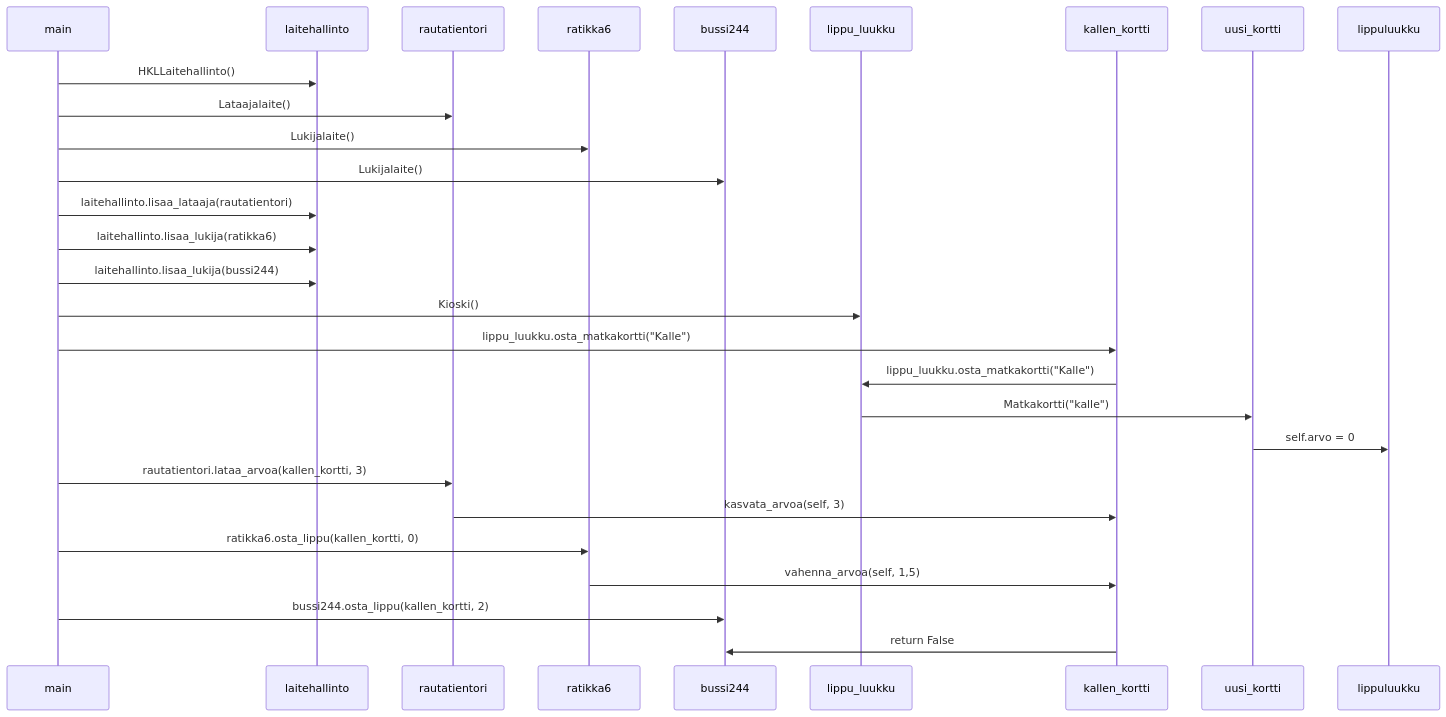
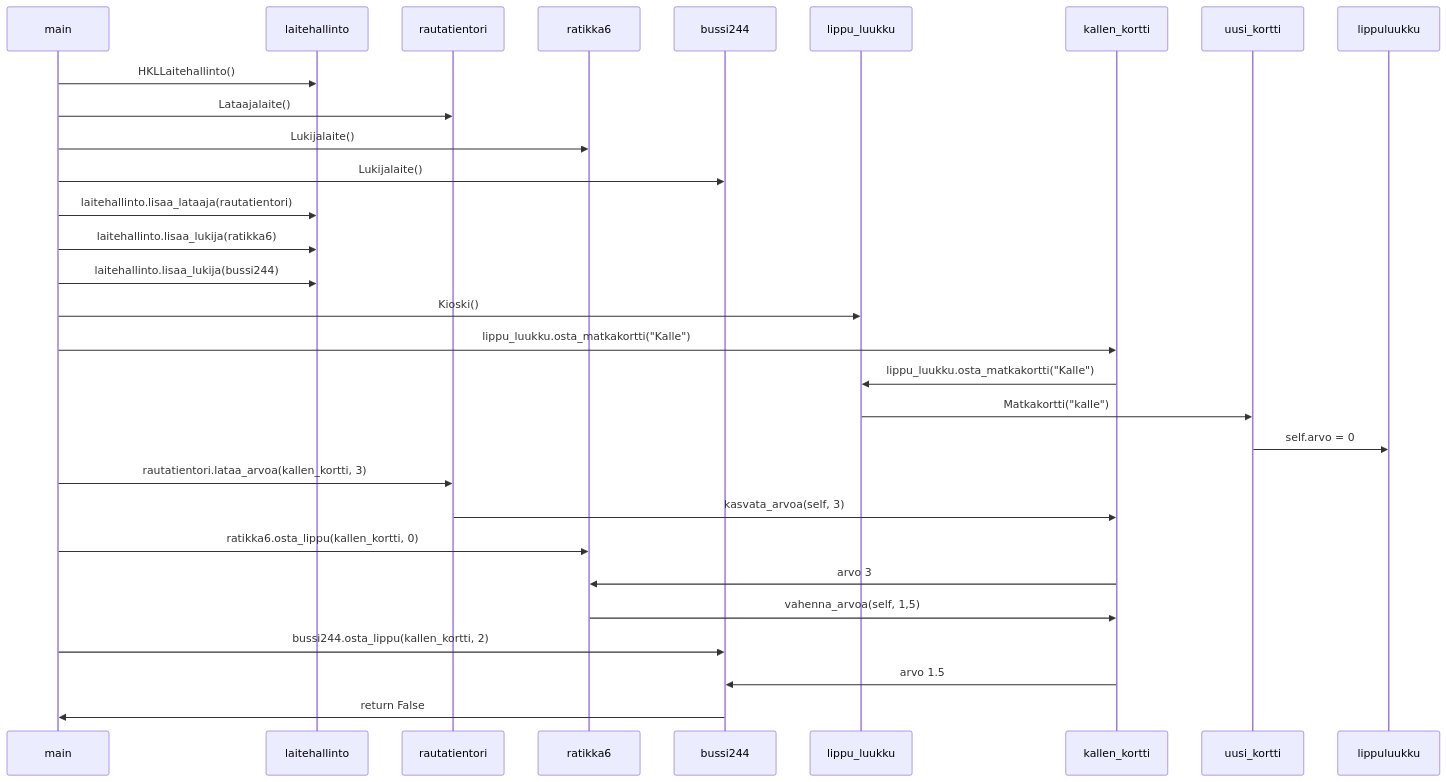
Before and after one commit to kodtld/TravelHub: the diagram in laskarit/viikko3/teht_4_sekvenssikaavio.md, drawn with Mermaid.

````diff
--- a/laskarit/viikko3/teht_4_sekvenssikaavio.md
+++ b/laskarit/viikko3/teht_4_sekvenssikaavio.md
@@ -1,22 +1,24 @@
 ```mermaid
  sequenceDiagram
      main->>laitehallinto: HKLLaitehallinto()
      main->>rautatientori : Lataajalaite()
      main->>ratikka6 : Lukijalaite()
      main->>bussi244 : Lukijalaite()
      main->>laitehallinto: laitehallinto.lisaa_lataaja(rautatientori)
      main->>laitehallinto: laitehallinto.lisaa_lukija(ratikka6)
      main->>laitehallinto: laitehallinto.lisaa_lukija(bussi244)
      main->>lippu_luukku: Kioski()
      main->>kallen_kortti: lippu_luukku.osta_matkakortti("Kalle")
      kallen_kortti->>lippu_luukku: lippu_luukku.osta_matkakortti("Kalle")
      lippu_luukku->>uusi_kortti: Matkakortti("kalle")
      uusi_kortti->>lippuluukku: self.arvo = 0
      main->>rautatientori : rautatientori.lataa_arvoa(kallen_kortti, 3)
      rautatientori->>kallen_kortti: kasvata_arvoa(self, 3)
      main->>ratikka6: ratikka6.osta_lippu(kallen_kortti, 0)
+     kallen_kortti->>ratikka6: arvo 3
      ratikka6->>kallen_kortti: vahenna_arvoa(self, 1,5)
      main->>bussi244: bussi244.osta_lippu(kallen_kortti, 2)
-     kallen_kortti->>bussi244: return False
+     kallen_kortti->>bussi244: arvo 1.5
+     bussi244->>main: return False
 
 ```
````
